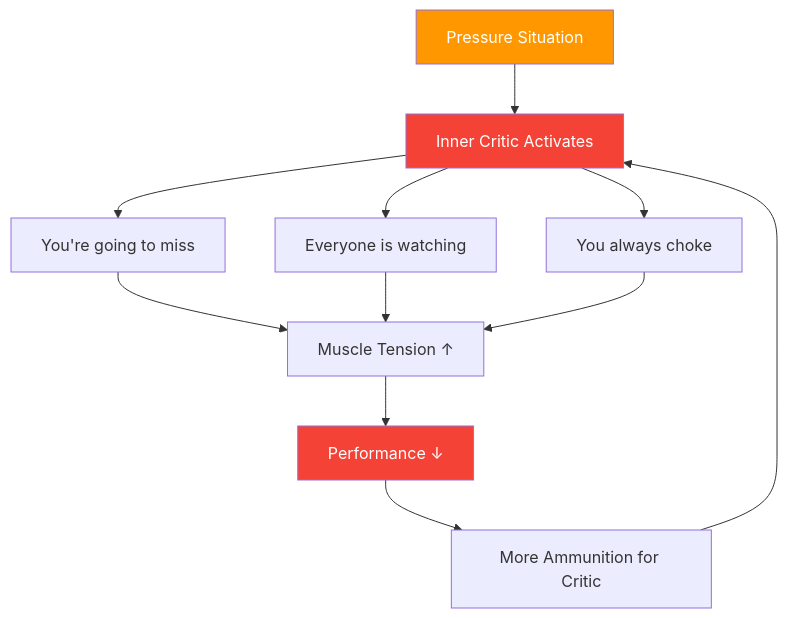
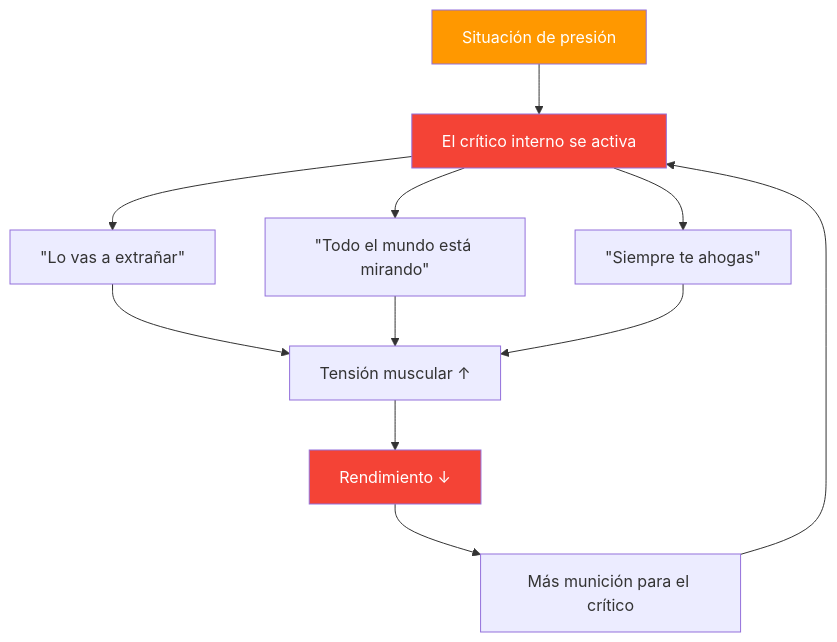
The diagram in docs/es/articles/inner-critic.md (patwii/petanque-academy), drawn with Mermaid before and after one commit. The commit also changed other lines of this file and 550 other files, not shown here.

````diff
--- a/docs/es/articles/inner-critic.md
+++ b/docs/es/articles/inner-critic.md
@@ -22,19 +22,19 @@
 ```mermaid
 flowchart TD
-    A[Pressure Situation] --> B[Inner Critic Activates]
-    B --> C["You're going to miss"]
-    B --> D["Everyone is watching"]
-    B --> E["You always choke"]
+    A[Situación de presión] --> B[El crítico interno se activa]
+    B --> C[&quot;Lo vas a extrañar&quot;]
+    B --> D[&quot;Todo el mundo está mirando&quot;]
+    B --> E[&quot;Siempre te ahogas&quot;]
 
-    C --> F[Muscle Tension ↑]
+    C --> F[Tensión muscular ↑]
     D --> F
     E --> F
 
-    F --> G[Performance ↓]
-    G --> H[More Ammunition for Critic]
+    F --> G[Rendimiento ↓]
+    G --> H[Más munición para el crítico]
     H --> B
 
     style A fill:#FF9800,color:#fff
     style B fill:#f44336,color:#fff
     style G fill:#f44336,color:#fff
 ```
````
